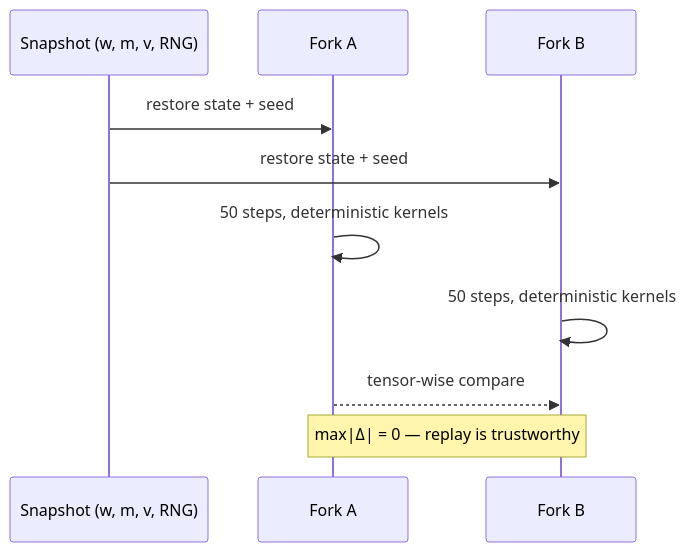
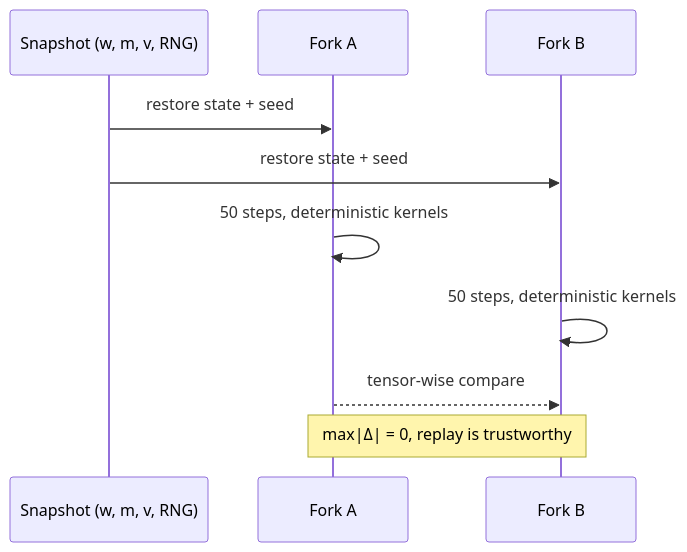
One commit to jaztulsi/optimizer-autopsy changed the second of 3 diagrams in README.md. Above: the diagram before and after it, drawn with Mermaid. The commit also changed other lines of this file and 9 other files, not shown here.

````diff
--- a/README.md
+++ b/README.md
@@ -62,12 +63,12 @@
 ```mermaid
 sequenceDiagram
     participant S as Snapshot (w, m, v, RNG)
     participant A as Fork A
     participant B as Fork B
     S->>A: restore state + seed
     S->>B: restore state + seed
     A->>A: 50 steps, deterministic kernels
     B->>B: 50 steps, deterministic kernels
     A-->>B: tensor-wise compare
-    Note over A,B: max|Δ| = 0 — replay is trustworthy
+    Note over A,B: max|Δ| = 0, replay is trustworthy
 ```
````
